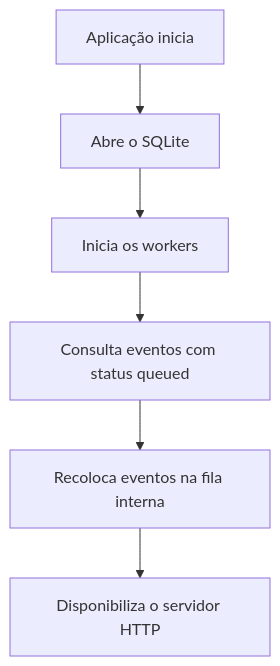
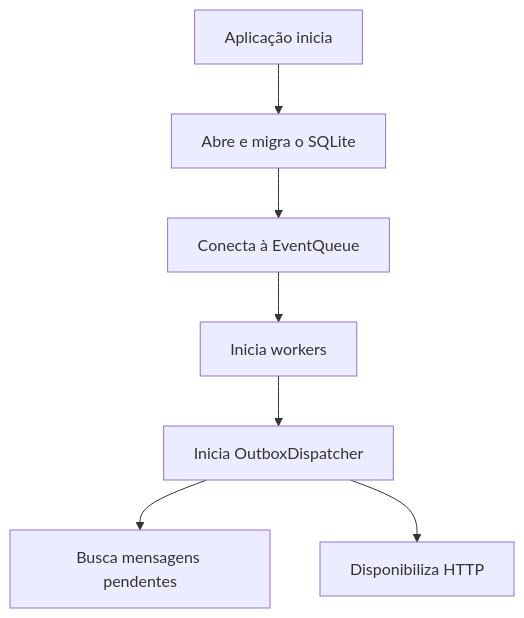
Before and after one commit to rafamguedes/go-webhook-processor: the second of 3 diagrams in docs/architecture.md, drawn with Mermaid. The commit also changed other lines of this file and 15 other files, not shown here.

````diff
--- a/docs/architecture.md
+++ b/docs/architecture.md
@@ -46,15 +53,14 @@
 ```mermaid
 flowchart TD
     start[Aplicação inicia]
-    database[Abre o SQLite]
-    workers[Inicia os workers]
-    pending[Consulta eventos com status queued]
-    restore[Recoloca eventos na fila interna]
-    server[Disponibiliza o servidor HTTP]
+    migrate[Abre e migra o SQLite]
+    queue[Conecta à EventQueue]
+    workers[Inicia workers]
+    dispatcher[Inicia OutboxDispatcher]
+    pending[Busca mensagens pendentes]
+    server[Disponibiliza HTTP]
 
-    start --> database
-    database --> workers
-    workers --> pending
-    pending --> restore
-    restore --> server
+    start --> migrate --> queue --> workers --> dispatcher
+    dispatcher --> pending
+    dispatcher --> server
 ```
````
